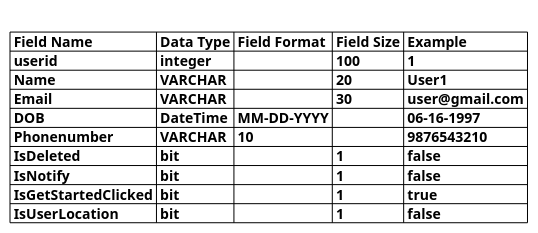
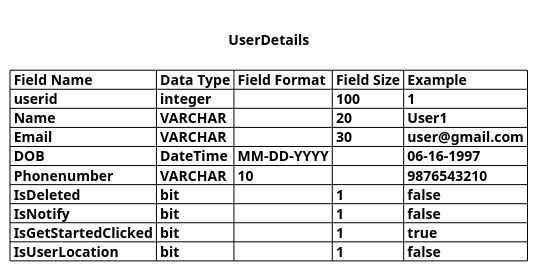
Before and after one commit to Hemarithika-tech/foodie-backend: the diagram in RestaurantAPI/Design/sampledata.puml, drawn with PlantUML. The commit also changed other lines of this file and 10 other files, not shown here.

```diff
--- a/RestaurantAPI/Design/sampledata.puml
+++ b/RestaurantAPI/Design/sampledata.puml
@@ -1,15 +1,17 @@
+@startuml SampleData
 title 
+
+UserDetails
 
 | Field Name | Data Type | Field Format | Field Size | Example |
 | userid | integer |  | 100 | 1 |
 | Name | VARCHAR | | 20 | User1 |
 | Email | VARCHAR | | 30 | user@gmail.com |
 | DOB | DateTime | MM-DD-YYYY | | 06-16-1997 |
 | Phonenumber | VARCHAR | 10| | 9876543210 |
 | IsDeleted | bit | | 1 | false |
 | IsNotify | bit | | 1 | false |
 | IsGetStartedClicked | bit | | 1 | true |
 | IsUserLocation | bit | | 1 | false |
 end title
-
 @enduml
```
